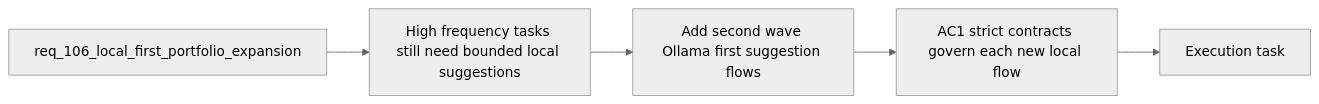
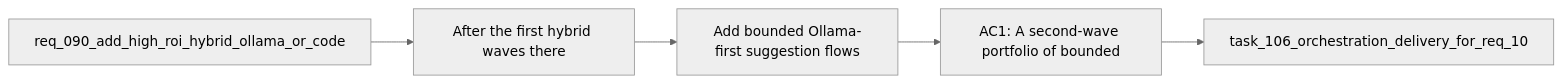
The diagram in logics/backlog/item_192_add_bounded_ollama_first_suggestion_flows_for_high_frequency_delivery_tasks.md (AlexAgo83/logics-manager), drawn with Mermaid (neutral theme) before and after one commit. The commit also changed 481 other files, not shown here.

````diff
--- a/logics/backlog/item_192_add_bounded_ollama_first_suggestion_flows_for_high_frequency_delivery_tasks.md
+++ b/logics/backlog/item_192_add_bounded_ollama_first_suggestion_flows_for_high_frequency_delivery_tasks.md
@@ -28,9 +28,9 @@
 ```mermaid
 %% logics-kind: backlog
 %% logics-signature: backlog|add-bounded-ollama-first-suggestion-flow|req-090-add-high-roi-hybrid-ollama-or-co|after-the-first-hybrid-waves-there|ac1-a-second-wave-portfolio-of-bounded
 flowchart LR
-    Request[req_106_local_first_portfolio_expansion] --> Problem[High frequency tasks still need bounded local suggestions]
-    Problem --> Scope[Add second wave Ollama first suggestion flows]
-    Scope --> Acceptance[AC1 strict contracts govern each new local flow]
-    Acceptance --> Tasks[Execution task]
+    Request[req_090_add_high_roi_hybrid_ollama_or_code] --> Problem[After the first hybrid waves there]
+    Problem --> Scope[Add bounded Ollama-first suggestion flows]
+    Scope --> Acceptance[AC1: A second-wave portfolio of bounded]
+    Acceptance --> Tasks[task_106_orchestration_delivery_for_req_10]
 ```
````
